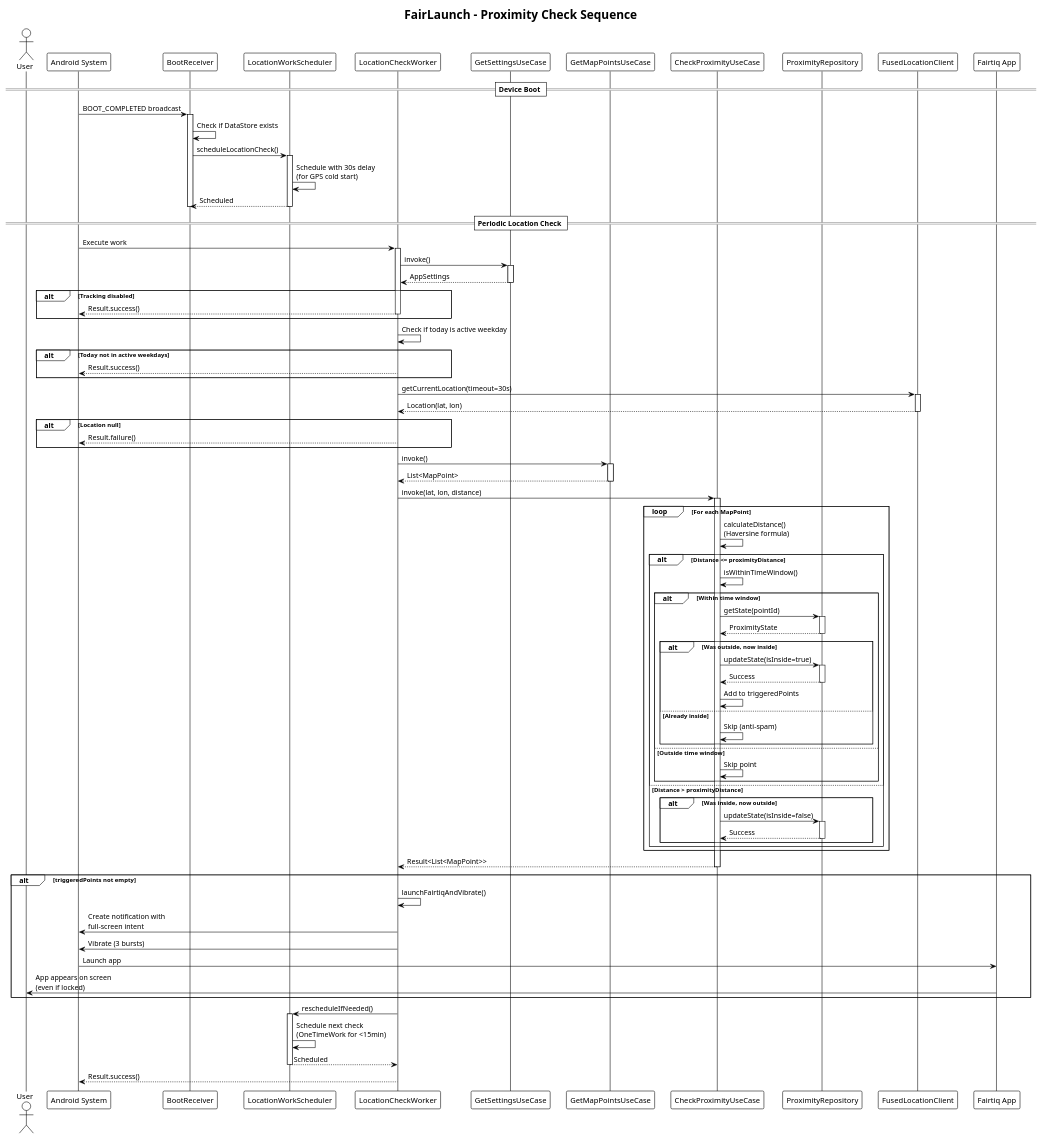
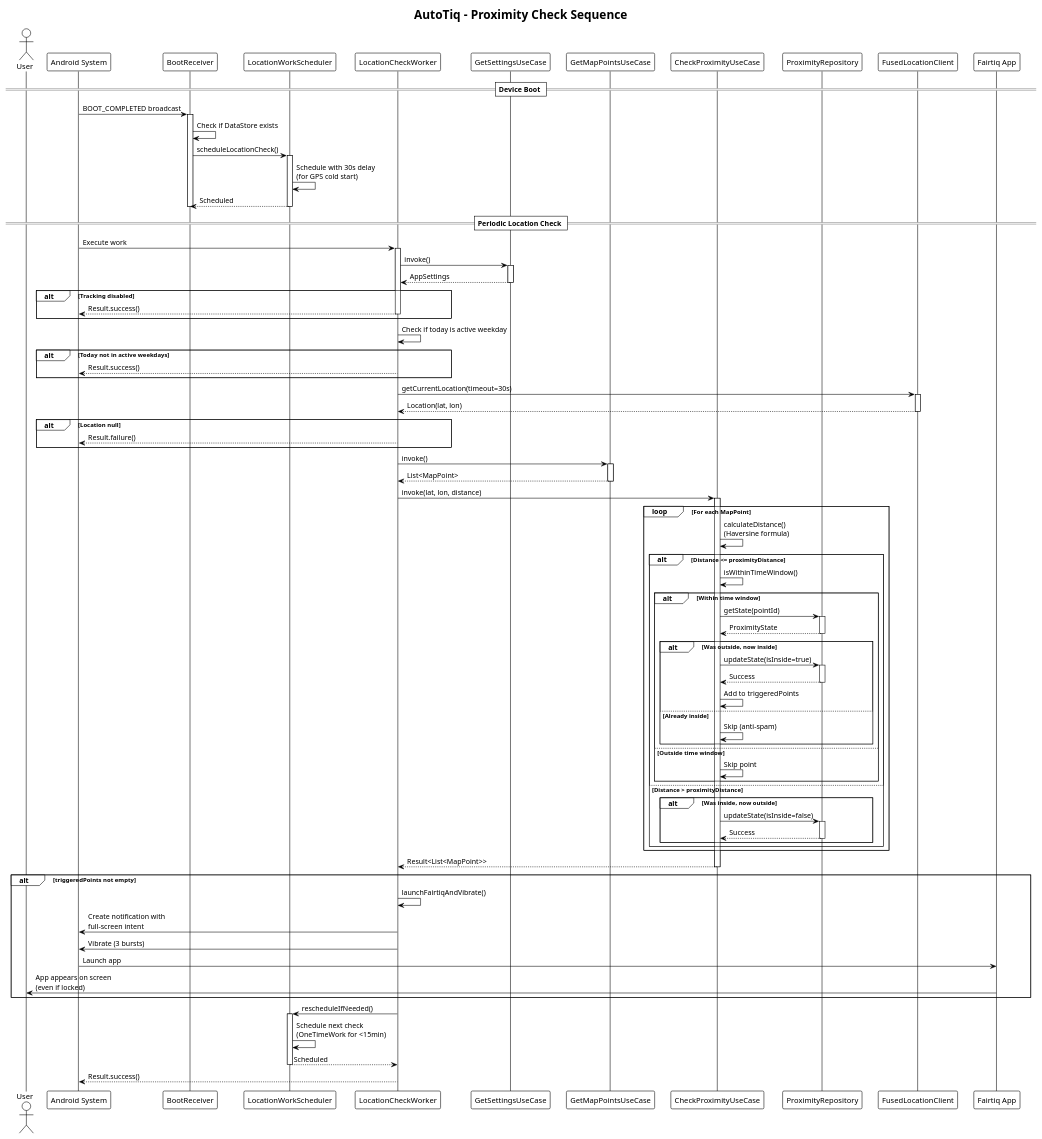
Before and after one commit to harzoglups/FairLaunch: the diagram in docs/sequence-proximity-check.puml, drawn with PlantUML. The commit also changed 123 other files, not shown here.

First line of the commit message:
refactor: rename app from FairLaunch to AutoTiq with package com.cussou.autotiq

```diff
--- a/docs/sequence-proximity-check.puml
+++ b/docs/sequence-proximity-check.puml
@@ -1,122 +1,122 @@
-@startuml FairLaunch-Sequence-Proximity-Check
+@startuml AutoTiq-Sequence-Proximity-Check
 !theme plain
 skinparam backgroundColor #FFFFFF
 
-title FairLaunch - Proximity Check Sequence
+title AutoTiq - Proximity Check Sequence
 
 actor User
 participant "Android System" as System
 participant BootReceiver
 participant LocationWorkScheduler
 participant LocationCheckWorker
 participant GetSettingsUseCase
 participant GetMapPointsUseCase
 participant CheckProximityUseCase
 participant ProximityRepository
 participant FusedLocationClient
 participant "Fairtiq App" as Fairtiq
 
 == Device Boot ==
 System -> BootReceiver: BOOT_COMPLETED broadcast
 activate BootReceiver
 BootReceiver -> BootReceiver: Check if DataStore exists
 BootReceiver -> LocationWorkScheduler: scheduleLocationCheck()
 activate LocationWorkScheduler
 LocationWorkScheduler -> LocationWorkScheduler: Schedule with 30s delay\n(for GPS cold start)
 LocationWorkScheduler --> BootReceiver: Scheduled
 deactivate LocationWorkScheduler
 deactivate BootReceiver
 
 == Periodic Location Check ==
 System -> LocationCheckWorker: Execute work
 activate LocationCheckWorker
 
 LocationCheckWorker -> GetSettingsUseCase: invoke()
 activate GetSettingsUseCase
 GetSettingsUseCase --> LocationCheckWorker: AppSettings
 deactivate GetSettingsUseCase
 
 alt Tracking disabled
   LocationCheckWorker --> System: Result.success()
   deactivate LocationCheckWorker
 end
 
 LocationCheckWorker -> LocationCheckWorker: Check if today is active weekday
 alt Today not in active weekdays
   LocationCheckWorker --> System: Result.success()
   deactivate LocationCheckWorker
 end
 
 LocationCheckWorker -> FusedLocationClient: getCurrentLocation(timeout=30s)
 activate FusedLocationClient
 FusedLocationClient --> LocationCheckWorker: Location(lat, lon)
 deactivate FusedLocationClient
 
 alt Location null
   LocationCheckWorker --> System: Result.failure()
   deactivate LocationCheckWorker
 end
 
 LocationCheckWorker -> GetMapPointsUseCase: invoke()
 activate GetMapPointsUseCase
 GetMapPointsUseCase --> LocationCheckWorker: List<MapPoint>
 deactivate GetMapPointsUseCase
 
 LocationCheckWorker -> CheckProximityUseCase: invoke(lat, lon, distance)
 activate CheckProximityUseCase
 
 loop For each MapPoint
   CheckProximityUseCase -> CheckProximityUseCase: calculateDistance()\n(Haversine formula)
   
   alt Distance <= proximityDistance
     CheckProximityUseCase -> CheckProximityUseCase: isWithinTimeWindow()
     
     alt Within time window
       CheckProximityUseCase -> ProximityRepository: getState(pointId)
       activate ProximityRepository
       ProximityRepository --> CheckProximityUseCase: ProximityState
       deactivate ProximityRepository
       
       alt Was outside, now inside
         CheckProximityUseCase -> ProximityRepository: updateState(isInside=true)
         activate ProximityRepository
         ProximityRepository --> CheckProximityUseCase: Success
         deactivate ProximityRepository
         CheckProximityUseCase -> CheckProximityUseCase: Add to triggeredPoints
       else Already inside
         CheckProximityUseCase -> CheckProximityUseCase: Skip (anti-spam)
       end
     else Outside time window
       CheckProximityUseCase -> CheckProximityUseCase: Skip point
     end
   else Distance > proximityDistance
     alt Was inside, now outside
       CheckProximityUseCase -> ProximityRepository: updateState(isInside=false)
       activate ProximityRepository
       ProximityRepository --> CheckProximityUseCase: Success
       deactivate ProximityRepository
     end
   end
 end
 
 CheckProximityUseCase --> LocationCheckWorker: Result<List<MapPoint>>
 deactivate CheckProximityUseCase
 
 alt triggeredPoints not empty
   LocationCheckWorker -> LocationCheckWorker: launchFairtiqAndVibrate()
   LocationCheckWorker -> System: Create notification with\nfull-screen intent
   LocationCheckWorker -> System: Vibrate (3 bursts)
   System -> Fairtiq: Launch app
   Fairtiq -> User: App appears on screen\n(even if locked)
 end
 
 LocationCheckWorker -> LocationWorkScheduler: rescheduleIfNeeded()
 activate LocationWorkScheduler
 LocationWorkScheduler -> LocationWorkScheduler: Schedule next check\n(OneTimeWork for <15min)
 LocationWorkScheduler --> LocationCheckWorker: Scheduled
 deactivate LocationWorkScheduler
 
 LocationCheckWorker --> System: Result.success()
 deactivate LocationCheckWorker
 
 @enduml
```
